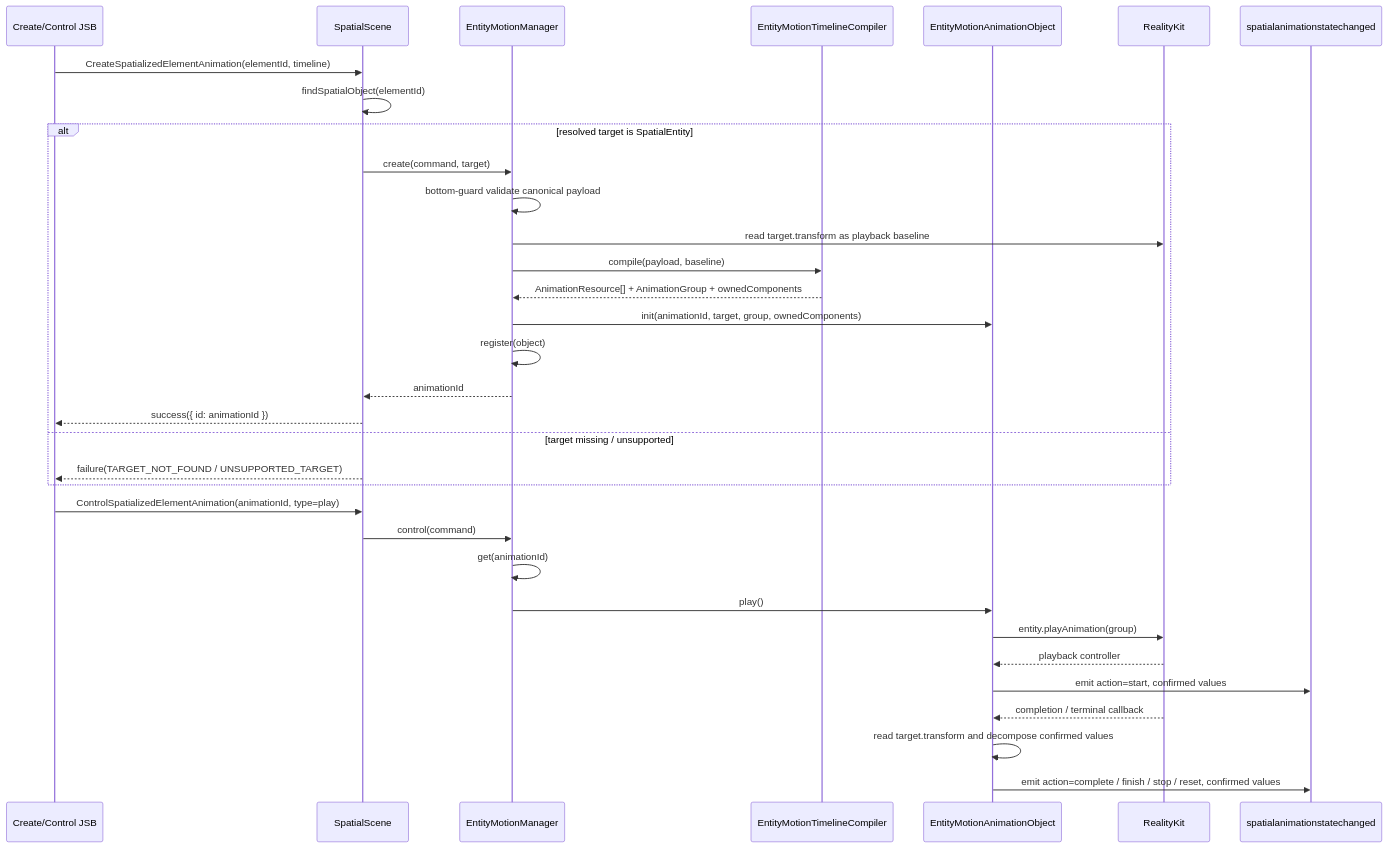
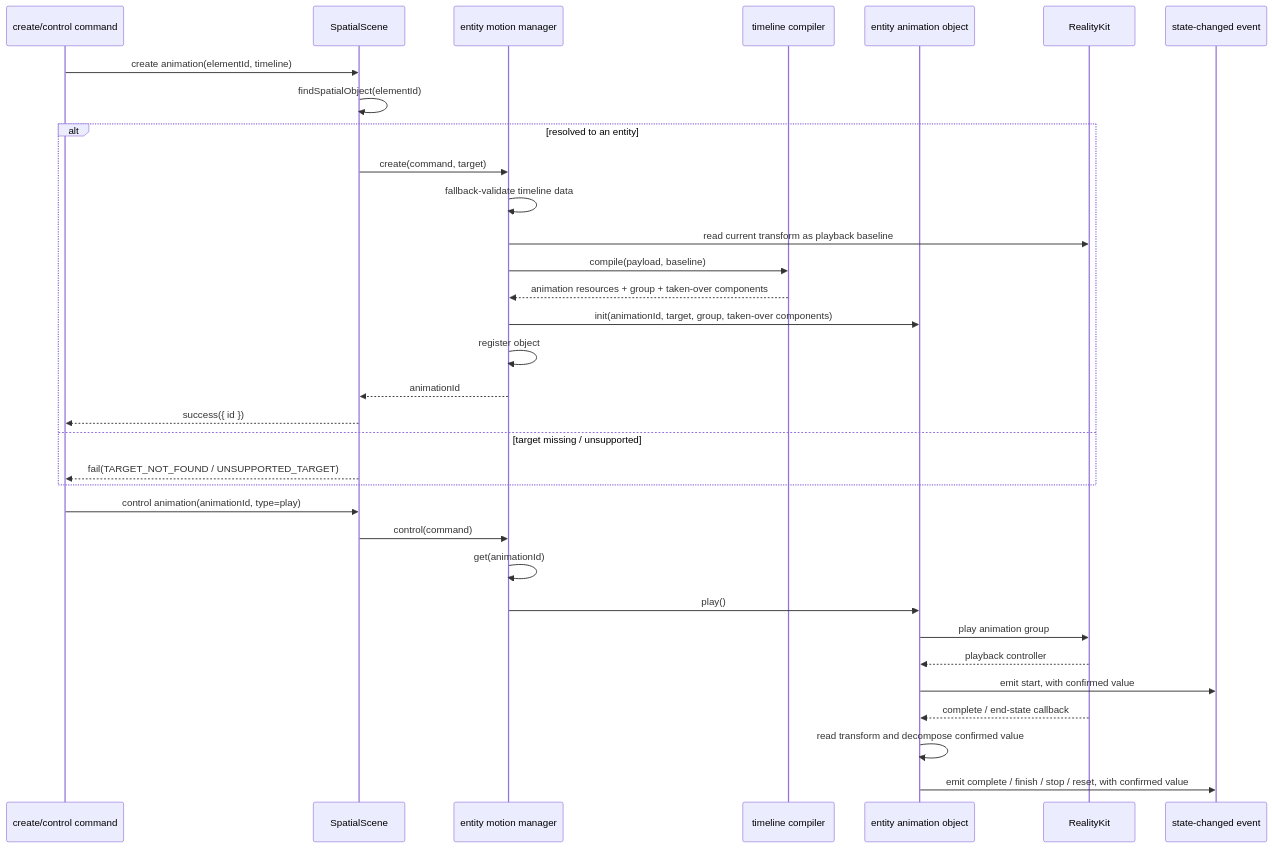
The eighth of 11 diagrams in openspec/changes/redesign-entity-motion-api/design.md (webspatial/webspatial-sdk), drawn with Mermaid before and after one commit. The commit also changed other lines of this file and 7 other files, not shown here.

````diff
--- a/openspec/changes/redesign-entity-motion-api/design.md
+++ b/openspec/changes/redesign-entity-motion-api/design.md
@@ -692,37 +862,37 @@
 ```mermaid
 sequenceDiagram
-    participant JSB as Create/Control JSB
+    participant JSB as create/control command
     participant Scene as SpatialScene
-    participant Manager as EntityMotionManager
-    participant Compiler as EntityMotionTimelineCompiler
-    participant Obj as EntityMotionAnimationObject
+    participant Manager as entity motion manager
+    participant Compiler as timeline compiler
+    participant Obj as entity animation object
     participant RK as RealityKit
-    participant Event as spatialanimationstatechanged
+    participant Event as state-changed event
 
-    JSB->>Scene: CreateSpatializedElementAnimation(elementId, timeline)
+    JSB->>Scene: create animation(elementId, timeline)
     Scene->>Scene: findSpatialObject(elementId)
-    alt resolved target is SpatialEntity
+    alt resolved to an entity
         Scene->>Manager: create(command, target)
-        Manager->>Manager: bottom-guard validate canonical payload
-        Manager->>RK: read target.transform as playback baseline
+        Manager->>Manager: fallback-validate timeline data
+        Manager->>RK: read current transform as playback baseline
         Manager->>Compiler: compile(payload, baseline)
-        Compiler-->>Manager: AnimationResource[] + AnimationGroup + ownedComponents
-        Manager->>Obj: init(animationId, target, group, ownedComponents)
-        Manager->>Manager: register(object)
+        Compiler-->>Manager: animation resources + group + taken-over components
+        Manager->>Obj: init(animationId, target, group, taken-over components)
+        Manager->>Manager: register object
         Manager-->>Scene: animationId
-        Scene-->>JSB: success({ id: animationId })
+        Scene-->>JSB: success({ id })
     else target missing / unsupported
-        Scene-->>JSB: failure(TARGET_NOT_FOUND / UNSUPPORTED_TARGET)
+        Scene-->>JSB: fail(TARGET_NOT_FOUND / UNSUPPORTED_TARGET)
     end
 
-    JSB->>Scene: ControlSpatializedElementAnimation(animationId, type=play)
+    JSB->>Scene: control animation(animationId, type=play)
     Scene->>Manager: control(command)
     Manager->>Manager: get(animationId)
     Manager->>Obj: play()
-    Obj->>RK: entity.playAnimation(group)
+    Obj->>RK: play animation group
     RK-->>Obj: playback controller
-    Obj->>Event: emit action=start, confirmed values
-    RK-->>Obj: completion / terminal callback
-    Obj->>Obj: read target.transform and decompose confirmed values
-    Obj->>Event: emit action=complete / finish / stop / reset, confirmed values
+    Obj->>Event: emit start, with confirmed value
+    RK-->>Obj: complete / end-state callback
+    Obj->>Obj: read transform and decompose confirmed value
+    Obj->>Event: emit complete / finish / stop / reset, with confirmed value
 ```
````
